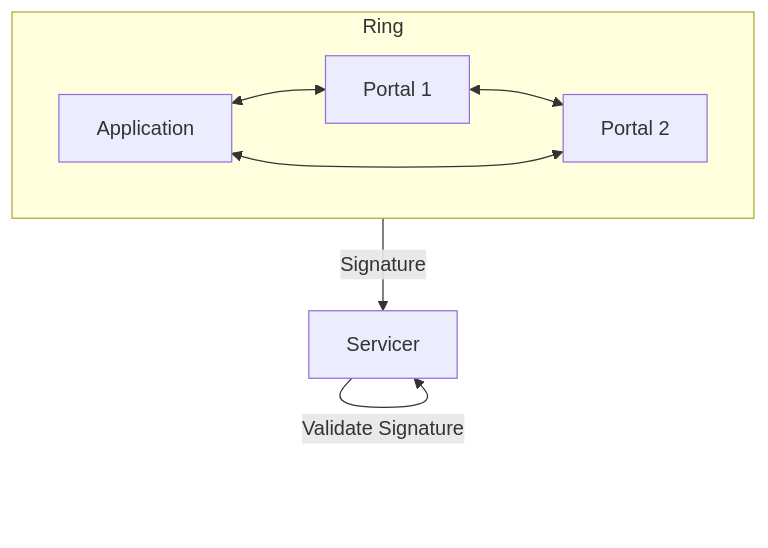
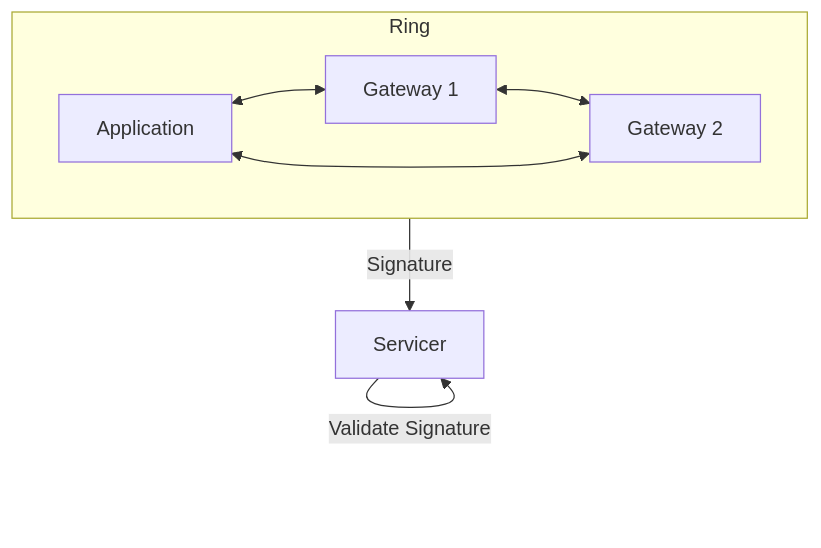
Diagram 14 of 16 in utility/README.md (pokt-network/pocket-network-protocol), drawn with Mermaid before and after one commit. The commit also changed other lines of this file and 1 other file, not shown here.

First line of the commit message:
Rename `Portal` to `Gateway` (#47)

````diff
--- a/utility/README.md
+++ b/utility/README.md
@@ -880,10 +880,10 @@
 ```mermaid
 flowchart
     subgraph Ring
-        Application <--> P1["Portal 1"]
-        P1 <--> P2["Portal 2"]
+        Application <--> P1["Gateway 1"]
+        P1 <--> P2["Gateway 2"]
         P2 <--> Application
     end
     Ring --Signature--> Servicer
     Servicer--Validate Signature-->Servicer
 ```
````
